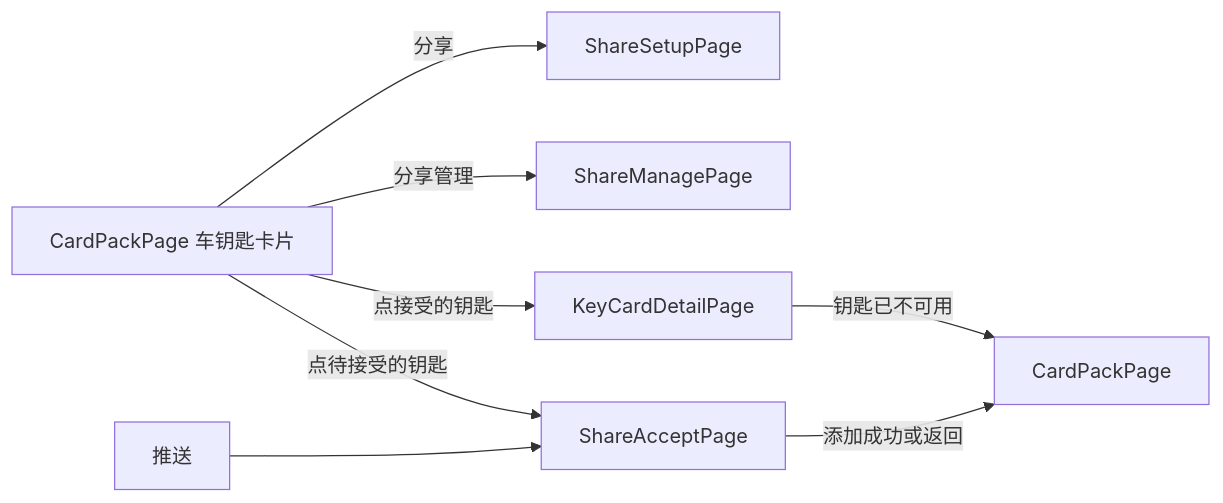
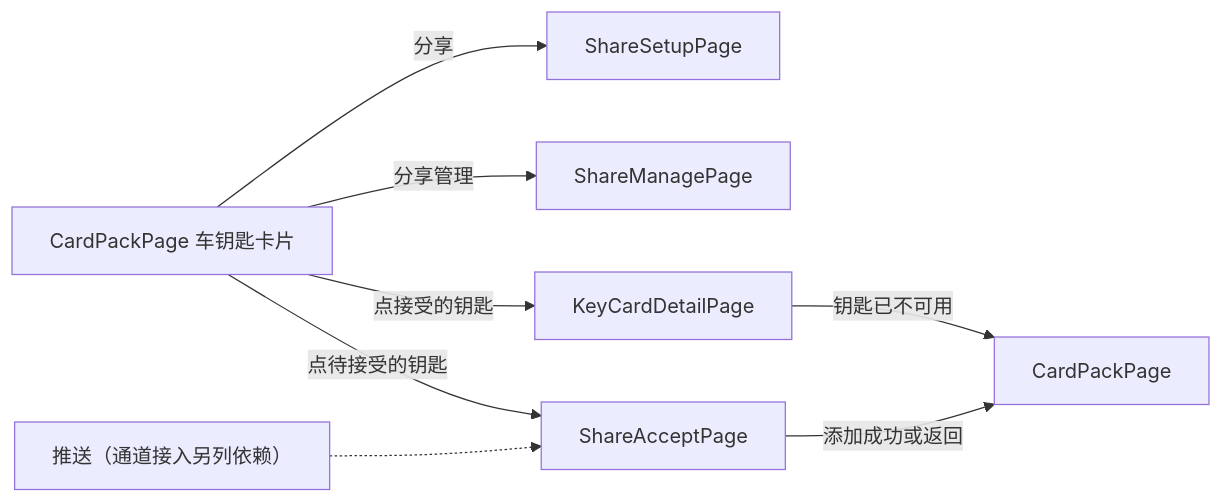
One commit to sqsqsq/SimulatedWalletForHmos changed the second of 2 diagrams in doc/plan/2.0.3/2026-10-07-整体设计/实施反馈/金样候选/car-key-sharing/update/sharing-wallet-slice/plan/plan.md. Above: the diagram before and after it, drawn with Mermaid. The commit also changed other lines of this file and 19 other files, not shown here.

````diff
--- a/doc/plan/2.0.3/2026-10-07-整体设计/实施反馈/金样候选/car-key-sharing/update/sharing-wallet-slice/plan/plan.md
+++ b/doc/plan/2.0.3/2026-10-07-整体设计/实施反馈/金样候选/car-key-sharing/update/sharing-wallet-slice/plan/plan.md
@@ -138,10 +138,10 @@
 ```mermaid
 flowchart LR
     A["CardPackPage 车钥匙卡片"] -->|分享| B["ShareSetupPage"]
     A -->|分享管理| C["ShareManagePage"]
     A -->|点接受的钥匙| D["KeyCardDetailPage"]
     A -->|点待接受的钥匙| F["ShareAcceptPage"]
-    E["推送"] --> F
+    E["推送（通道接入另列依赖）"] -.-> F
     F -->|添加成功或返回| G["CardPackPage"]
     D -->|钥匙已不可用| G
 ```
````
